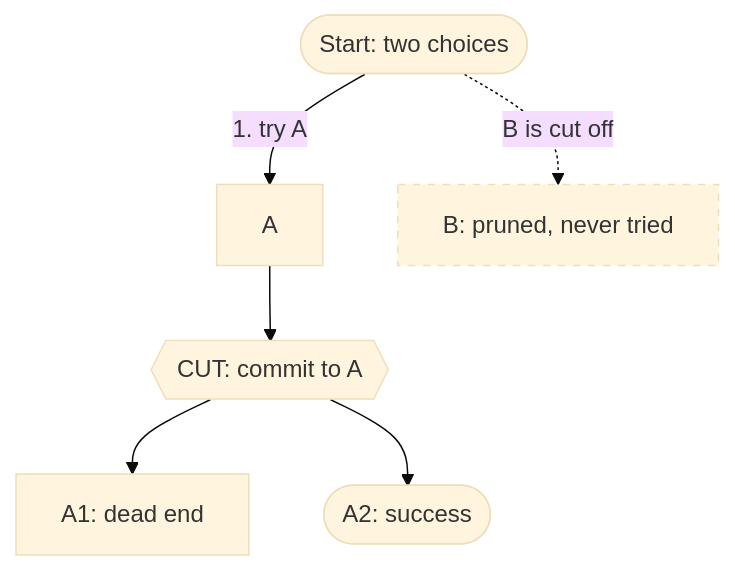
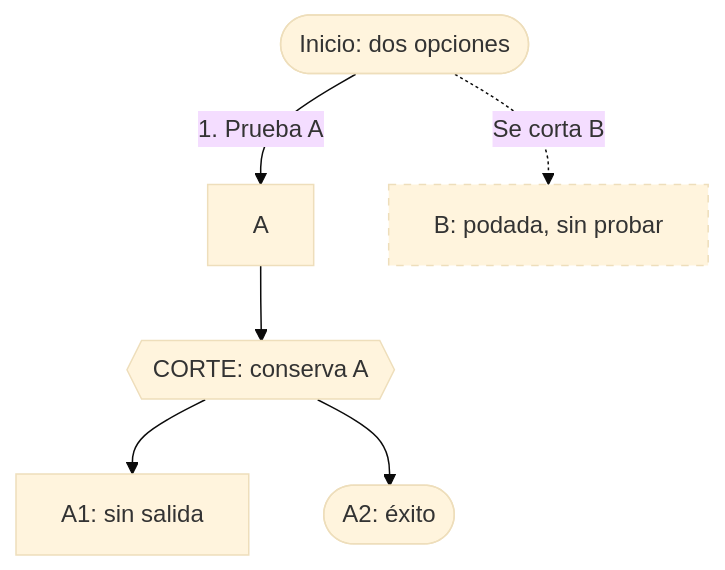
Before and after one commit to dullroar/aprende-a-programar-como-un-bicho-raro: the diagram in lessons/cs-source/concepts/cut.md, drawn with Mermaid (base theme). The commit also changed other lines of this file and 47 other files, not shown here.

````diff
--- a/lessons/cs-source/concepts/cut.md
+++ b/lessons/cs-source/concepts/cut.md
@@ -8,12 +8,12 @@
 ```mermaid
 flowchart TB
-    accTitle: The cut changes the search space itself, so abandoned alternatives are no longer considered
-    accDescr: A search tree with a cut. From the start there are two choices, A and B. The search takes A and reaches the cut, which commits to A. Choice B is drawn with a dashed border and marked pruned, because the cut removed it, and plain backtracking would have tried it later. After the cut, the search can still try the alternatives that come after the cut, A1 and then A2. A1 is a dead end and A2 succeeds. If A2 had failed as well, the whole search would fail and B would still never be tried.
-    S(["Start: two choices"]) -->|"1. try A"| A["A"]
-    A --> C{{"CUT: commit to A"}}
-    C --> A1["A1: dead end"]
-    C --> A2(["A2: success"])
-    S -.->|"B is cut off"| B["B: pruned, never tried"]
+    accTitle: El corte cambia el espacio de búsqueda: las alternativas descartadas dejan de considerarse
+    accDescr: Árbol de búsqueda con un corte. Al inicio hay dos opciones, A y B. La búsqueda toma A y llega al corte, que la compromete con A. La opción B tiene un borde discontinuo y está marcada como podada. El corte la eliminó, pero el retroceso simple la habría probado más tarde. Tras el corte, la búsqueda aún puede probar las alternativas posteriores, A1 y luego A2. A1 no tiene salida y A2 tiene éxito. Si A2 también fallara, la búsqueda entera fallaría sin llegar a probar B.
+    S(["Inicio: dos opciones"]) -->|"1. Prueba A"| A["A"]
+    A --> C{{"CORTE: conserva A"}}
+    C --> A1["A1: sin salida"]
+    C --> A2(["A2: éxito"])
+    S -.->|"Se corta B"| B["B: podada, sin probar"]
     classDef pruned stroke-dasharray: 5 5
     class B pruned
 ```
````
